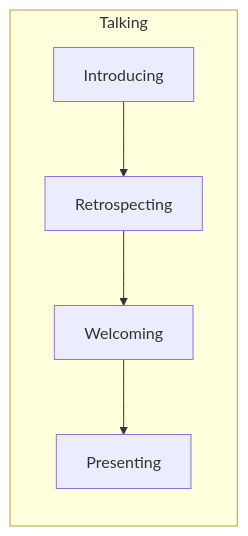
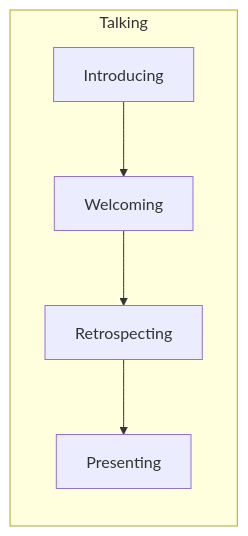
The sixth of 15 diagrams in README.md (wechaty/bot5-assistant), drawn with Mermaid before and after one commit. The commit also changed other lines of this file, not shown here.

Commit message:
clean mermaid diagram

````diff
--- a/README.md
+++ b/README.md
@@ -81,8 +80,8 @@
 ```mermaid
 graph LR
   subgraph Talking
-    Introducing --> Retrospecting
-    Retrospecting --> Welcoming
-    Welcoming --> Presenting
+    Introducing --> Welcoming
+    Welcoming --> Retrospecting
+    Retrospecting --> Presenting
   end
 ```
````
